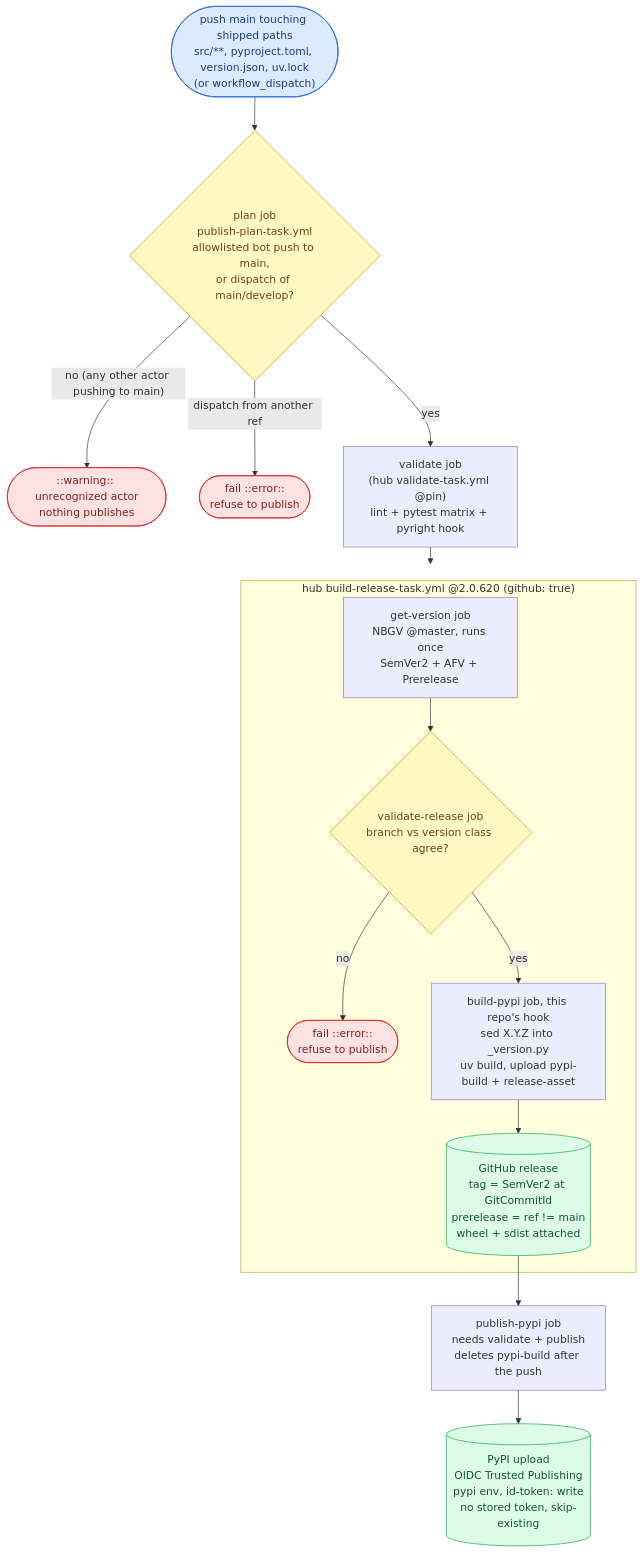
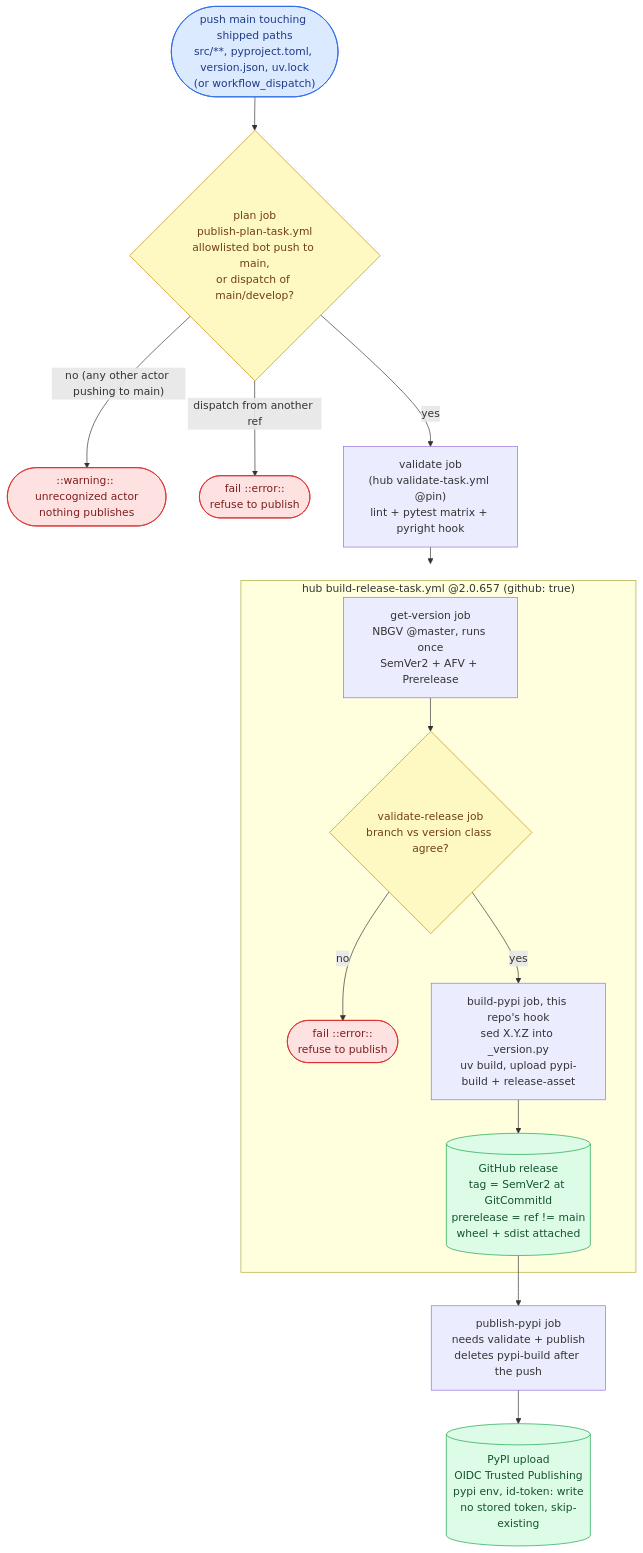
One commit to ptr727/aiopurpleair changed the second of 3 diagrams in WORKFLOW.md. Above: the diagram before and after it, drawn with Mermaid. The commit also changed other lines of this file, not shown here.

First line of the commit message:
Realign WORKFLOW.md D8 numbering with the fleet and refresh hub pins

````diff
--- a/WORKFLOW.md
+++ b/WORKFLOW.md
@@ -135,21 +135,21 @@
 ```mermaid
 flowchart TD
     P(["push main touching shipped paths<br/>src/**, pyproject.toml, version.json, uv.lock<br/>(or workflow_dispatch)"]):::trig --> PLAN
     PLAN{"plan job<br/>publish-plan-task.yml<br/>allowlisted bot push to main,<br/>or dispatch of main/develop?"}:::gate
     PLAN -- "no (any other actor pushing to main)" --> NOP(["::warning:: unrecognized actor<br/>nothing publishes"]):::stop
     PLAN -- "dispatch from another ref" --> DX(["fail ::error::<br/>refuse to publish"]):::stop
     PLAN -- "yes" --> VAL["validate job<br/>(hub validate-task.yml @pin)<br/>lint + pytest matrix + pyright hook"]
     VAL --> BUILD
-    subgraph BUILD ["hub build-release-task.yml @2.0.620 (github: true)"]
+    subgraph BUILD ["hub build-release-task.yml @2.0.657 (github: true)"]
         GV["get-version job<br/>NBGV @master, runs once<br/>SemVer2 + AFV + Prerelease"] --> VR{"validate-release job<br/>branch vs version class agree?"}:::gate
         VR -- "no" --> VRX(["fail ::error::<br/>refuse to publish"]):::stop
         VR -- "yes" --> BD["build-pypi job, this repo's hook<br/>sed X.Y.Z into _version.py<br/>uv build, upload pypi-build + release-asset"]
         BD --> REL[("GitHub release<br/>tag = SemVer2 at GitCommitId<br/>prerelease = ref != main<br/>wheel + sdist attached")]:::pub
     end
     REL --> PP["publish-pypi job<br/>needs validate + publish<br/>deletes pypi-build after the push"]
     PP --> PYPI[("PyPI upload<br/>OIDC Trusted Publishing<br/>pypi env, id-token: write<br/>no stored token, skip-existing")]:::pub
     classDef trig fill:#dbeafe,stroke:#2563eb,color:#1e3a8a
     classDef gate fill:#fef9c3,stroke:#ca8a04,color:#713f12
     classDef pub fill:#dcfce7,stroke:#16a34a,color:#14532d
     classDef stop fill:#fee2e2,stroke:#dc2626,color:#7f1d1d
 ```
````
